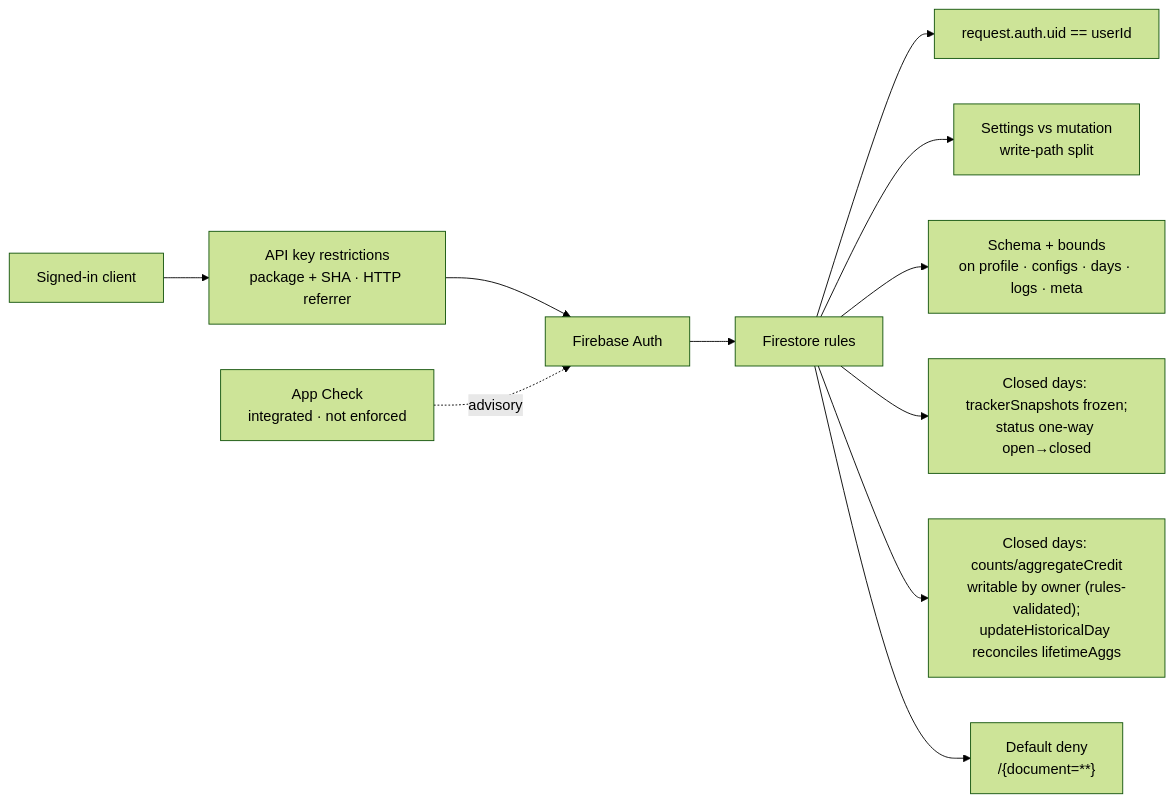
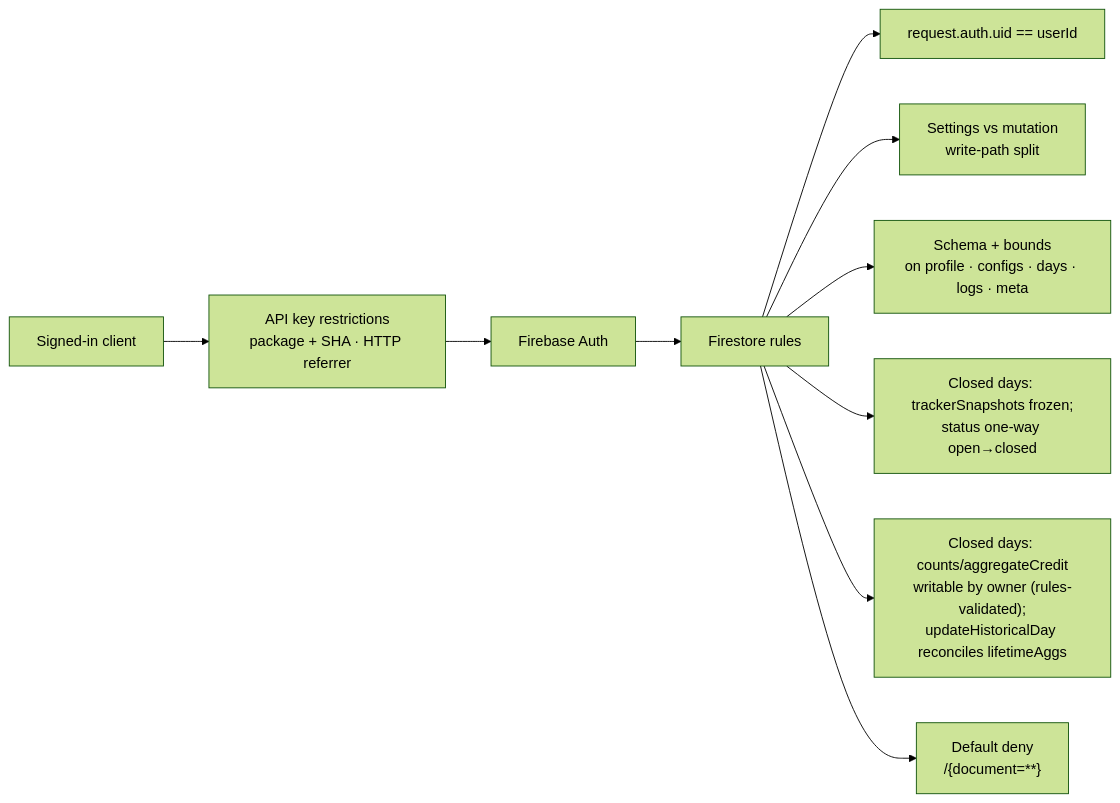
Before and after one commit to shareef01/tabakpp: the second of 2 diagrams in README.md, drawn with Mermaid (forest theme). The commit also changed other lines of this file and 29 other files, not shown here.

````diff
--- a/README.md
+++ b/README.md
@@ -210,15 +207,13 @@
 ```mermaid
 flowchart LR
   Client["Signed-in client"] --> Key["API key restrictions<br/>package + SHA · HTTP referrer"]
   Key --> Auth["Firebase Auth"]
   Auth --> Rules["Firestore rules"]
 
   Rules --> Owner["request.auth.uid == userId"]
   Rules --> Split["Settings vs mutation<br/>write-path split"]
   Rules --> Shape["Schema + bounds<br/>on profile · configs · days · logs · meta"]
   Rules --> Frozen["Closed days: trackerSnapshots frozen;<br/>status one-way open→closed"]
   Rules --> Writability["Closed days: counts/aggregateCredit<br/>writable by owner (rules-validated);<br/>updateHistoricalDay reconciles lifetimeAggs"]
   Rules --> Deny["Default deny<br/>/{document=**}"]
-
-  AC["App Check<br/>integrated · not enforced"] -. advisory .-> Auth
 ```
````
